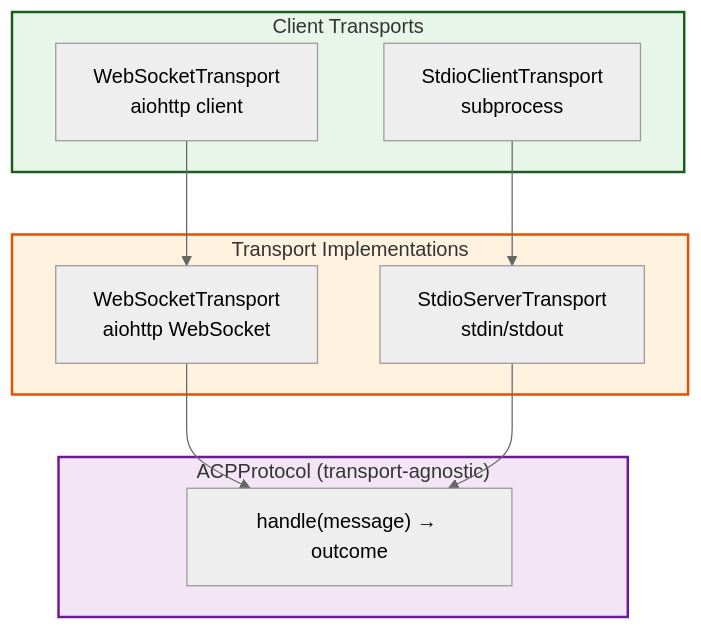
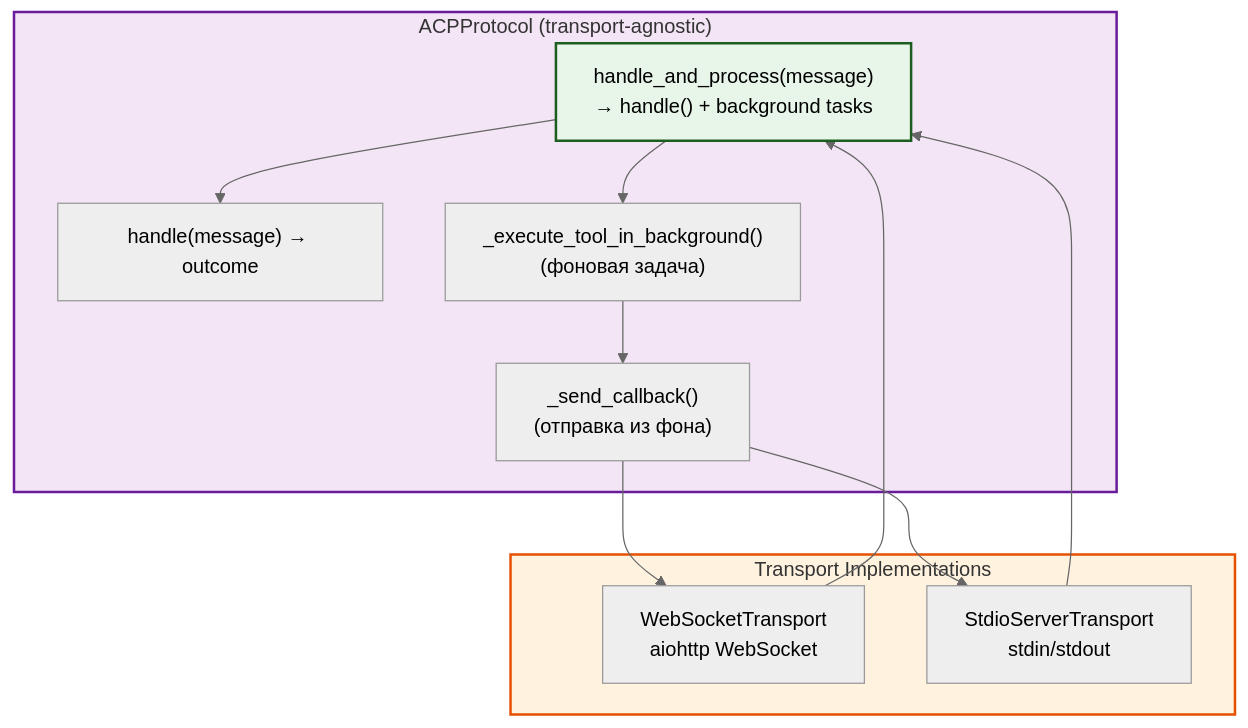
Before and after one commit to pese-git/codelab-ai: diagram 12 of 14 in ARCHITECTURE.md, drawn with Mermaid (neutral theme). The commit also changed other lines of this file and 5 other files, not shown here.

First line of the commit message:
docs: обновить документацию и Mermaid-схемы по изменениям из feature/agent

````diff
--- a/ARCHITECTURE.md
+++ b/ARCHITECTURE.md
@@ -694,25 +697,26 @@
 ```mermaid
 graph TB
     subgraph Protocol["ACPProtocol (transport-agnostic)"]
         Handle["handle(message) → outcome"]
+        HandleAndProcess["handle_and_process(message)\n→ handle() + background tasks"]
+        BackgroundTool["_execute_tool_in_background()\n(фоновая задача)"]
+        SendCallback["_send_callback()\n(отправка из фона)"]
     end
     
     subgraph Transports["Transport Implementations"]
-        WS["WebSocketTransport<br/>aiohttp WebSocket"]
-        STDIO["StdioServerTransport<br/>stdin/stdout"]
+        WS["WebSocketTransport\naiohttp WebSocket"]
+        STDIO["StdioServerTransport\nstdin/stdout"]
     end
     
-    subgraph ClientTransports["Client Transports"]
-        WS_C["WebSocketTransport<br/>aiohttp client"]
-        STDIO_C["StdioClientTransport<br/>subprocess"]
-    end
-    
-    WS --> Handle
-    STDIO --> Handle
-    WS_C --> WS
-    STDIO_C --> STDIO
+    WS --> HandleAndProcess
+    STDIO --> HandleAndProcess
+    HandleAndProcess --> Handle
+    HandleAndProcess --> BackgroundTool
+    BackgroundTool --> SendCallback
+    SendCallback --> WS
+    SendCallback --> STDIO
     
     style Protocol fill:#f3e5f5,stroke:#6a1b9a,stroke-width:2px
     style Transports fill:#fff3e0,stroke:#e65100,stroke-width:2px
-    style ClientTransports fill:#e8f5e9,stroke:#1b5e20,stroke-width:2px
+    style HandleAndProcess fill:#e8f5e9,stroke:#1b5e20,stroke-width:2px
 ```
````
